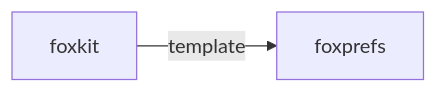
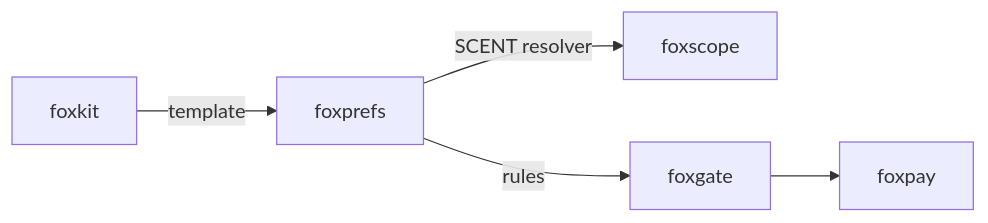
One commit to pooriaarab/foxprefs changed the second of 2 diagrams in README.md. Above: the diagram before and after it, drawn with Mermaid. The commit also changed other lines of this file, not shown here.

````diff
--- a/README.md
+++ b/README.md
@@ -69,5 +232,11 @@
 ```mermaid
 flowchart LR
   foxkit[foxkit] -- template --> self[foxprefs]
+  self -- SCENT resolver --> foxscope[foxscope]
+  self -- rules --> foxgate[foxgate]
+  foxgate --> foxpay[foxpay]
   click foxkit "https://github.com/pooriaarab/foxkit"
+  click foxscope "https://github.com/pooriaarab/foxscope"
+  click foxgate "https://github.com/pooriaarab/foxgate"
+  click foxpay "https://github.com/pooriaarab/foxpay"
 ```
````
